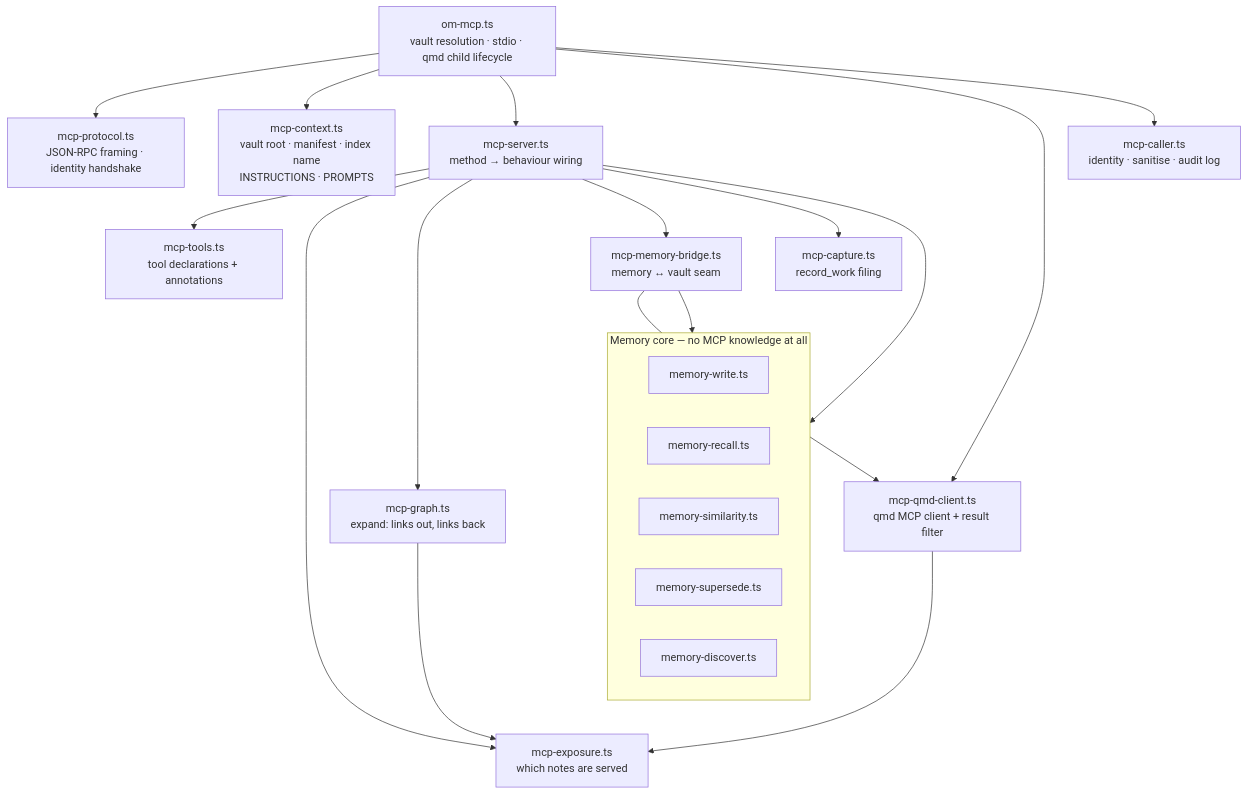
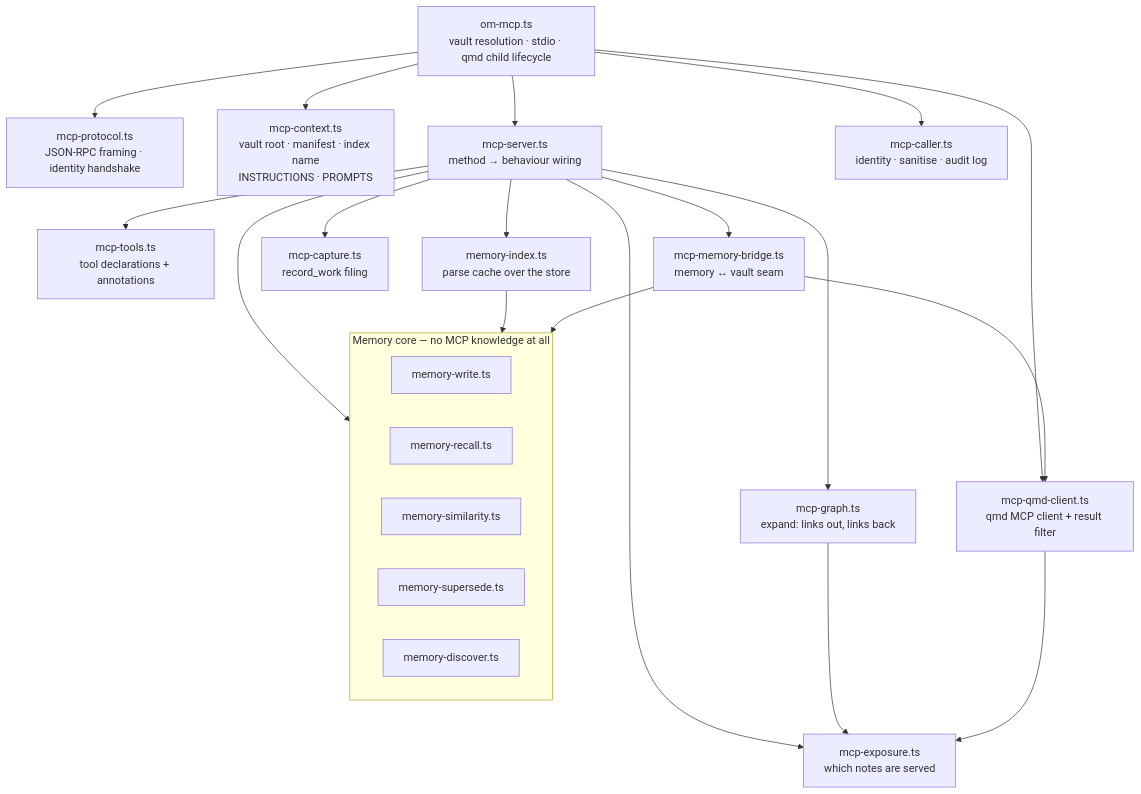
One commit to breferrari/obsidian-mind changed the seventh of 19 diagrams in ARCHITECTURE.md. Above: the diagram before and after it, drawn with Mermaid. The commit also changed other lines of this file and 9 other files, not shown here.

First line of the commit message:
perf(memory): cache the parse, and stop reading whole files to see their head

````diff
--- a/ARCHITECTURE.md
+++ b/ARCHITECTURE.md
@@ -380,37 +380,40 @@
 ```mermaid
 flowchart TB
     Entry["om-mcp.ts<br/>vault resolution · stdio · qmd child lifecycle"]
     Proto["mcp-protocol.ts<br/>JSON-RPC framing · identity handshake"]
     Ctx["mcp-context.ts<br/>vault root · manifest · index name<br/>INSTRUCTIONS · PROMPTS"]
     Server["mcp-server.ts<br/>method → behaviour wiring"]
     Tools["mcp-tools.ts<br/>tool declarations + annotations"]
     Exp["mcp-exposure.ts<br/>which notes are served"]
     Qmd["mcp-qmd-client.ts<br/>qmd MCP client + result filter"]
     Graph["mcp-graph.ts<br/>expand: links out, links back"]
     Caller["mcp-caller.ts<br/>identity · sanitise · audit log"]
     Bridge["mcp-memory-bridge.ts<br/>memory ↔ vault seam"]
     Capture["mcp-capture.ts<br/>record_work filing"]
+    Idx["memory-index.ts<br/>parse cache over the store"]
     subgraph Core["Memory core — no MCP knowledge at all"]
         MW["memory-write.ts"]
         MR["memory-recall.ts"]
         MS["memory-similarity.ts"]
         MSup["memory-supersede.ts"]
         MD["memory-discover.ts"]
     end
 
     Entry --> Proto
     Entry --> Ctx
     Entry --> Server
     Entry --> Qmd
     Entry --> Caller
     Server --> Tools
     Server --> Exp
     Server --> Graph
     Server --> Bridge
     Server --> Capture
+    Server --> Idx
     Server --> Core
+    Idx --> Core
     Graph --> Exp
     Qmd --> Exp
     Bridge --> Core
     Bridge --> Qmd
 ```
````
